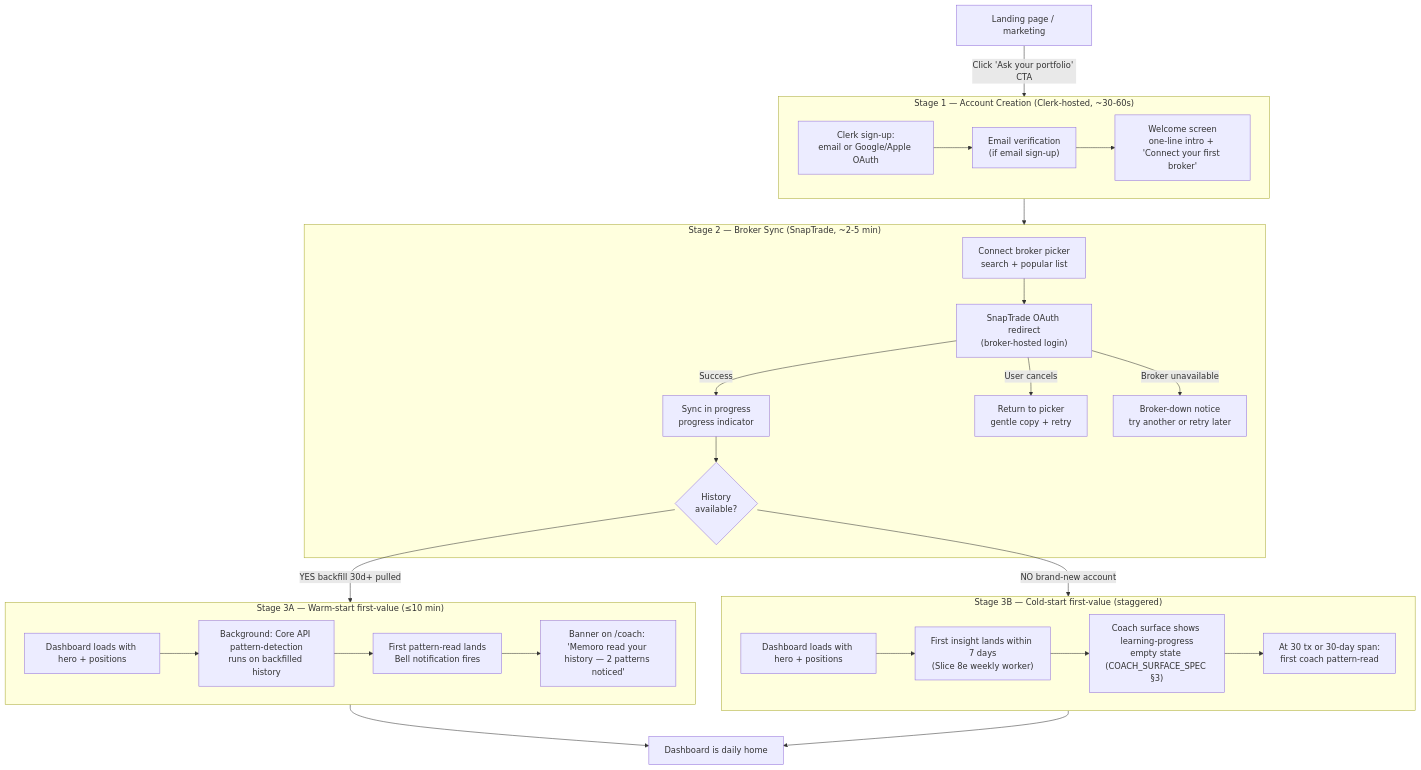
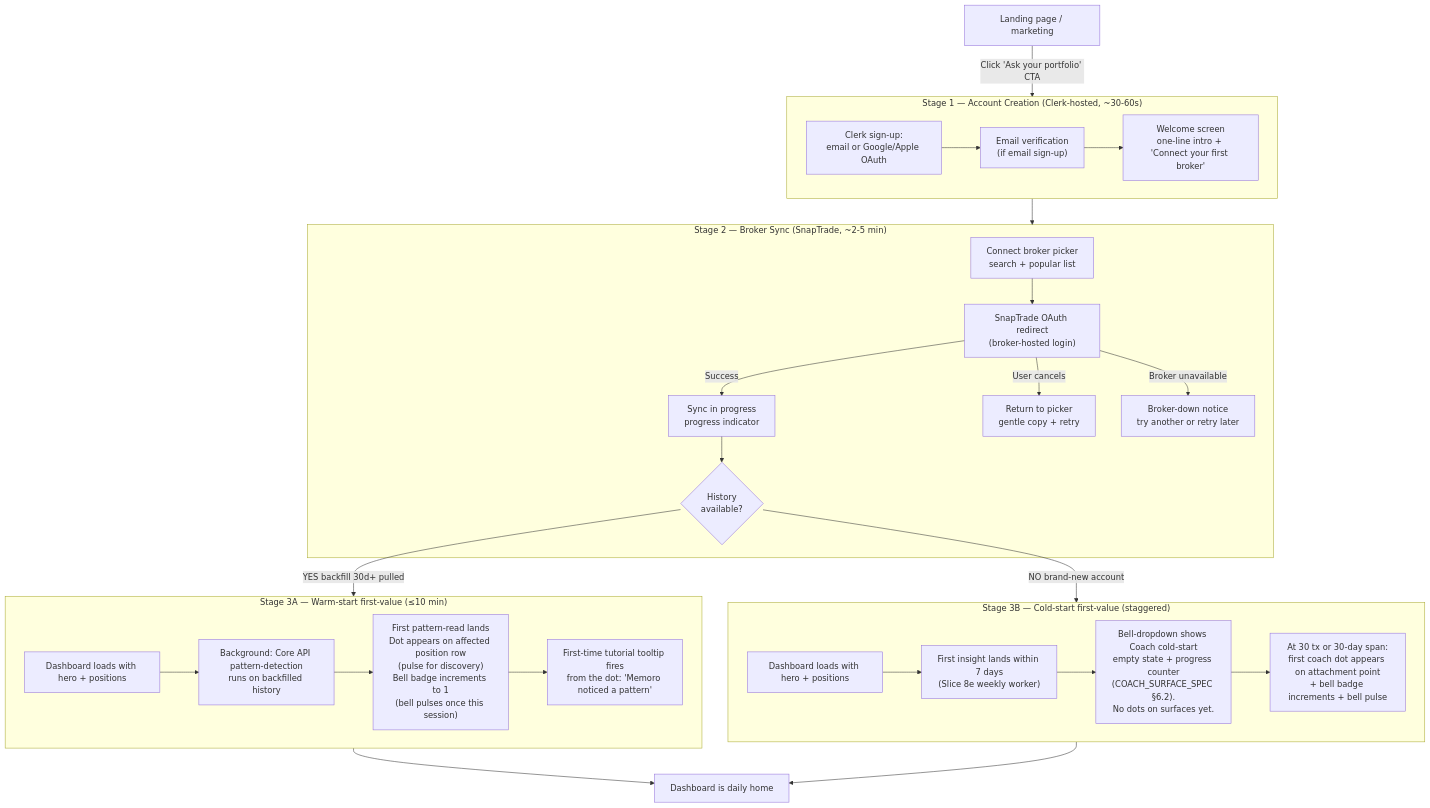
Before and after one commit to rmstrn/investment-tracker: the diagram in docs/design/ONBOARDING_FLOW.md, drawn with Mermaid. The commit also changed other lines of this file, not shown here.

First line of the commit message:
docs(design): patch onboarding Stage 3 for contextual Coach UX (v1.1)

````diff
--- a/docs/design/ONBOARDING_FLOW.md
+++ b/docs/design/ONBOARDING_FLOW.md
@@ -13,37 +13,37 @@
 ```mermaid
 flowchart TD
     Landing["Landing page / marketing"] -->|Click 'Ask your portfolio' CTA| Stage1
 
     subgraph Stage1["Stage 1 — Account Creation (Clerk-hosted, ~30-60s)"]
         S1A["Clerk sign-up:<br/>email or Google/Apple OAuth"] --> S1B["Email verification<br/>(if email sign-up)"]
         S1B --> S1C["Welcome screen<br/>one-line intro + 'Connect your first broker'"]
     end
 
     Stage1 --> Stage2
 
     subgraph Stage2["Stage 2 — Broker Sync (SnapTrade, ~2-5 min)"]
         S2A["Connect broker picker<br/>search + popular list"] --> S2B["SnapTrade OAuth redirect<br/>(broker-hosted login)"]
         S2B -->|Success| S2C["Sync in progress<br/>progress indicator"]
         S2B -->|User cancels| S2X["Return to picker<br/>gentle copy + retry"]
         S2B -->|Broker unavailable| S2Y["Broker-down notice<br/>try another or retry later"]
         S2C --> S2D{"History<br/>available?"}
     end
 
     S2D -->|YES backfill 30d+ pulled| Stage3A
     S2D -->|NO brand-new account| Stage3B
 
     subgraph Stage3A["Stage 3A — Warm-start first-value (≤10 min)"]
         S3A1["Dashboard loads with hero + positions"] --> S3A2["Background: Core API pattern-detection<br/>runs on backfilled history"]
-        S3A2 --> S3A3["First pattern-read lands<br/>Bell notification fires"]
-        S3A3 --> S3A4["Banner on /coach: 'Memoro read your history — 2 patterns noticed'"]
+        S3A2 --> S3A3["First pattern-read lands<br/>Dot appears on affected position row<br/>(pulse for discovery)<br/>Bell badge increments to 1<br/>(bell pulses once this session)"]
+        S3A3 --> S3A4["First-time tutorial tooltip fires<br/>from the dot: 'Memoro noticed a pattern'"]
     end
 
     subgraph Stage3B["Stage 3B — Cold-start first-value (staggered)"]
         S3B1["Dashboard loads with hero + positions"] --> S3B2["First insight lands within 7 days<br/>(Slice 8e weekly worker)"]
-        S3B2 --> S3B3["Coach surface shows learning-progress<br/>empty state (COACH_SURFACE_SPEC §3)"]
-        S3B3 --> S3B4["At 30 tx or 30-day span:<br/>first coach pattern-read"]
+        S3B2 --> S3B3["Bell-dropdown shows Coach cold-start<br/>empty state + progress counter<br/>(COACH_SURFACE_SPEC §6.2).<br/>No dots on surfaces yet."]
+        S3B3 --> S3B4["At 30 tx or 30-day span:<br/>first coach dot appears on attachment point<br/>+ bell badge increments + bell pulse"]
     end
 
     Stage3A --> Home["Dashboard is daily home"]
     Stage3B --> Home
 ```
````
